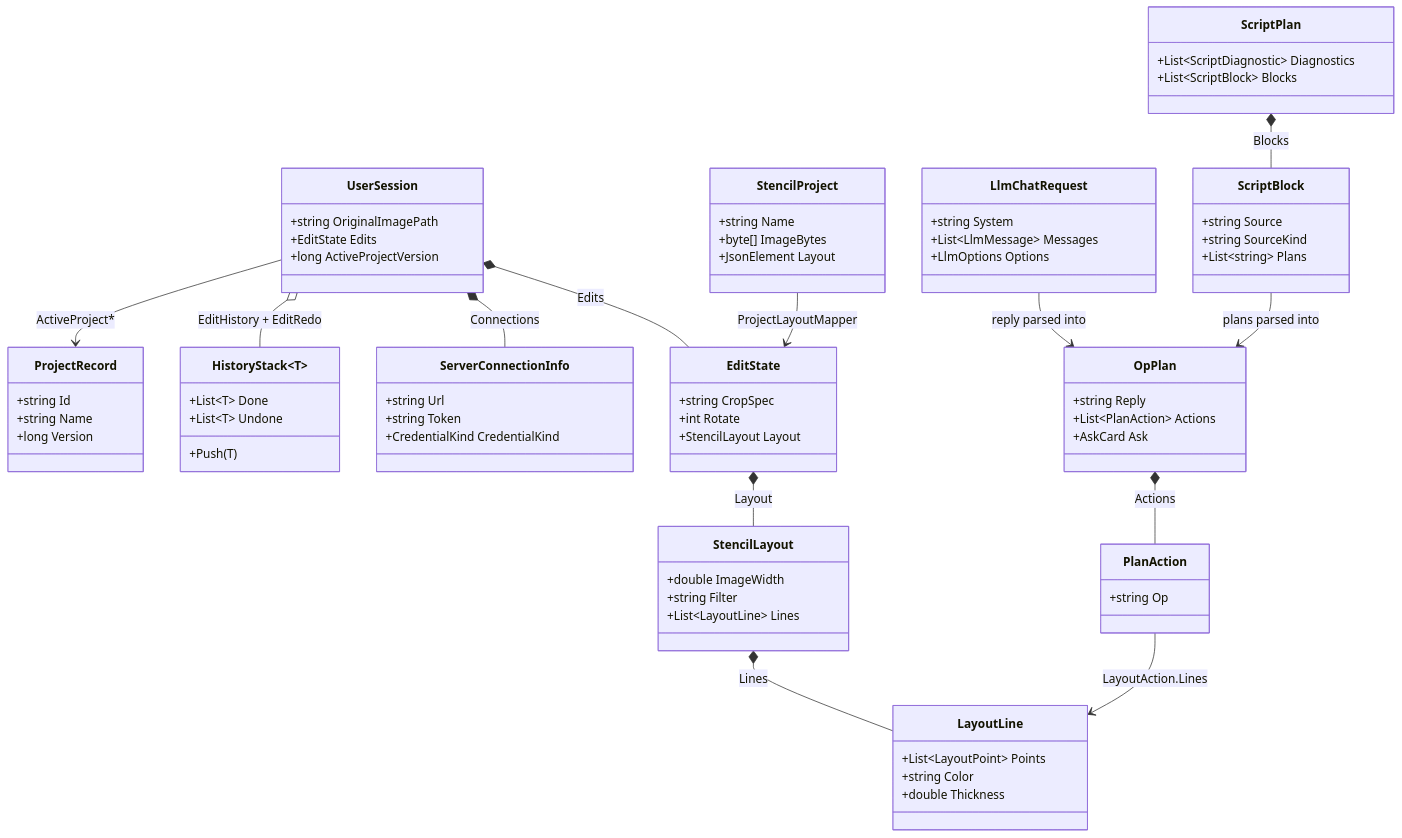
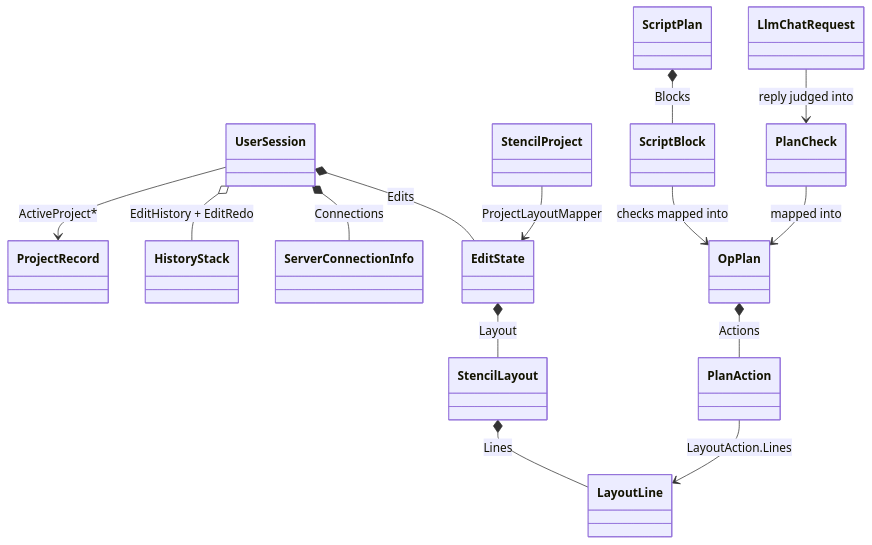
One commit to andrew1407/stencil changed the second of 2 diagrams in bot/ARCHITECTURE.md. Above: the diagram before and after it, drawn with Mermaid. The commit also changed other lines of this file and 3356 other files, not shown here.

````diff
--- a/bot/ARCHITECTURE.md
+++ b/bot/ARCHITECTURE.md
@@ -72,77 +69,16 @@
 ```mermaid
 classDiagram
-    class UserSession {
-        +string OriginalImagePath
-        +EditState Edits
-        +long ActiveProjectVersion
-    }
-    class EditState {
-        +string CropSpec
-        +int Rotate
-        +StencilLayout Layout
-    }
-    class HistoryStack~T~ {
-        +List~T~ Done
-        +List~T~ Undone
-        +Push(T)
-    }
-    class StencilLayout {
-        +double ImageWidth
-        +string Filter
-        +List~LayoutLine~ Lines
-    }
-    class LayoutLine {
-        +List~LayoutPoint~ Points
-        +string Color
-        +double Thickness
-    }
-    class ServerConnectionInfo {
-        +string Url
-        +string Token
-        +CredentialKind CredentialKind
-    }
-    class ProjectRecord {
-        +string Id
-        +string Name
-        +long Version
-    }
-    class StencilProject {
-        +string Name
-        +byte[] ImageBytes
-        +JsonElement Layout
-    }
-    class OpPlan {
-        +string Reply
-        +List~PlanAction~ Actions
-        +AskCard Ask
-    }
-    class PlanAction {
-        +string Op
-    }
-    class LlmChatRequest {
-        +string System
-        +List~LlmMessage~ Messages
-        +LlmOptions Options
-    }
-    class ScriptPlan {
-        +List~ScriptDiagnostic~ Diagnostics
-        +List~ScriptBlock~ Blocks
-    }
-    class ScriptBlock {
-        +string Source
-        +string SourceKind
-        +List~string~ Plans
-    }
     UserSession *-- EditState : Edits
     UserSession *-- ServerConnectionInfo : Connections
     UserSession o-- HistoryStack : EditHistory + EditRedo
     UserSession --> ProjectRecord : ActiveProject*
     EditState *-- StencilLayout : Layout
     StencilLayout *-- LayoutLine : Lines
     StencilProject --> EditState : ProjectLayoutMapper
     OpPlan *-- PlanAction : Actions
     PlanAction --> LayoutLine : LayoutAction.Lines
-    LlmChatRequest --> OpPlan : reply parsed into
+    LlmChatRequest --> PlanCheck : reply judged into
+    PlanCheck --> OpPlan : mapped into
     ScriptPlan *-- ScriptBlock : Blocks
-    ScriptBlock --> OpPlan : plans parsed into
+    ScriptBlock --> OpPlan : checks mapped into
 ```
````
